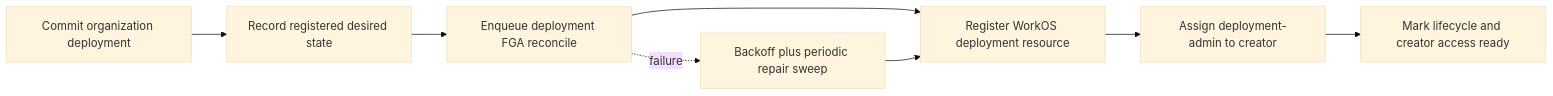
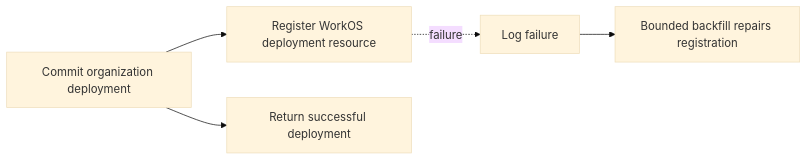
One commit to astropods/astro-cli changed the sixth of 8 diagrams in docs/03-architecture/fine-grained-access-control.md. Above: the diagram before and after it, drawn with Mermaid (base theme). The commit also changed other lines of this file and 12 other files, not shown here.

Commit message:
refactor(authz): keep resource registration identity-only

````diff
--- a/docs/03-architecture/fine-grained-access-control.md
+++ b/docs/03-architecture/fine-grained-access-control.md
@@ -153,10 +153,7 @@
 ```mermaid
 flowchart LR
-    Deploy["Commit organization deployment"] --> Intent["Record registered desired state"]
-    Intent --> Queue["Enqueue deployment FGA reconcile"]
-    Queue --> Register["Register WorkOS deployment resource"]
-    Register --> Creator["Assign deployment-admin to creator"]
-    Creator --> Ready["Mark lifecycle and creator access ready"]
-    Queue -. failure .-> Retry["Backoff plus periodic repair sweep"]
-    Retry --> Register
+    Deploy["Commit organization deployment"] --> Register["Register WorkOS deployment resource"]
+    Register -. failure .-> Log["Log failure"]
+    Log --> Backfill["Bounded backfill repairs registration"]
+    Deploy --> Response["Return successful deployment"]
 ```
````
